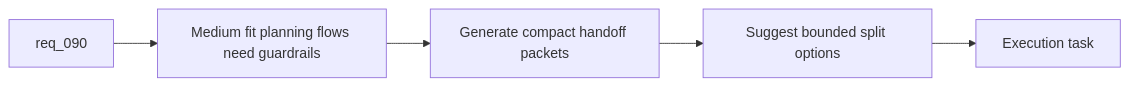
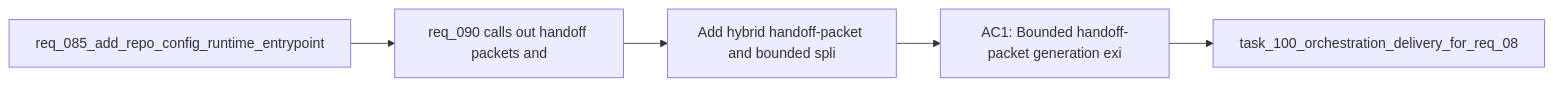
Before and after one commit to AlexAgo83/logics-manager: the diagram in logics/backlog/item_144_add_hybrid_handoff_packet_and_bounded_split_suggestion_flows.md, drawn with Mermaid. The commit also changed 481 other files, not shown here.

````diff
--- a/logics/backlog/item_144_add_hybrid_handoff_packet_and_bounded_split_suggestion_flows.md
+++ b/logics/backlog/item_144_add_hybrid_handoff_packet_and_bounded_split_suggestion_flows.md
@@ -28,9 +28,9 @@
 ```mermaid
 %% logics-kind: backlog
 %% logics-signature: backlog|add-hybrid-handoff-packet-and-bounded-sp|req-085-add-repo-config-runtime-entrypoi|req-090-calls-out-handoff-packets-and|ac1-bounded-handoff-packet-generation-ex
 flowchart LR
-    Request[req_090] --> Problem[Medium fit planning flows need guardrails]
-    Problem --> Handoff[Generate compact handoff packets]
-    Handoff --> Split[Suggest bounded split options]
-    Split --> Done[Execution task]
+    Request[req_085_add_repo_config_runtime_entrypoint] --> Problem[req_090 calls out handoff packets and]
+    Problem --> Scope[Add hybrid handoff-packet and bounded spli]
+    Scope --> Acceptance[AC1: Bounded handoff-packet generation exi]
+    Acceptance --> Tasks[task_100_orchestration_delivery_for_req_08]
 ```
````
